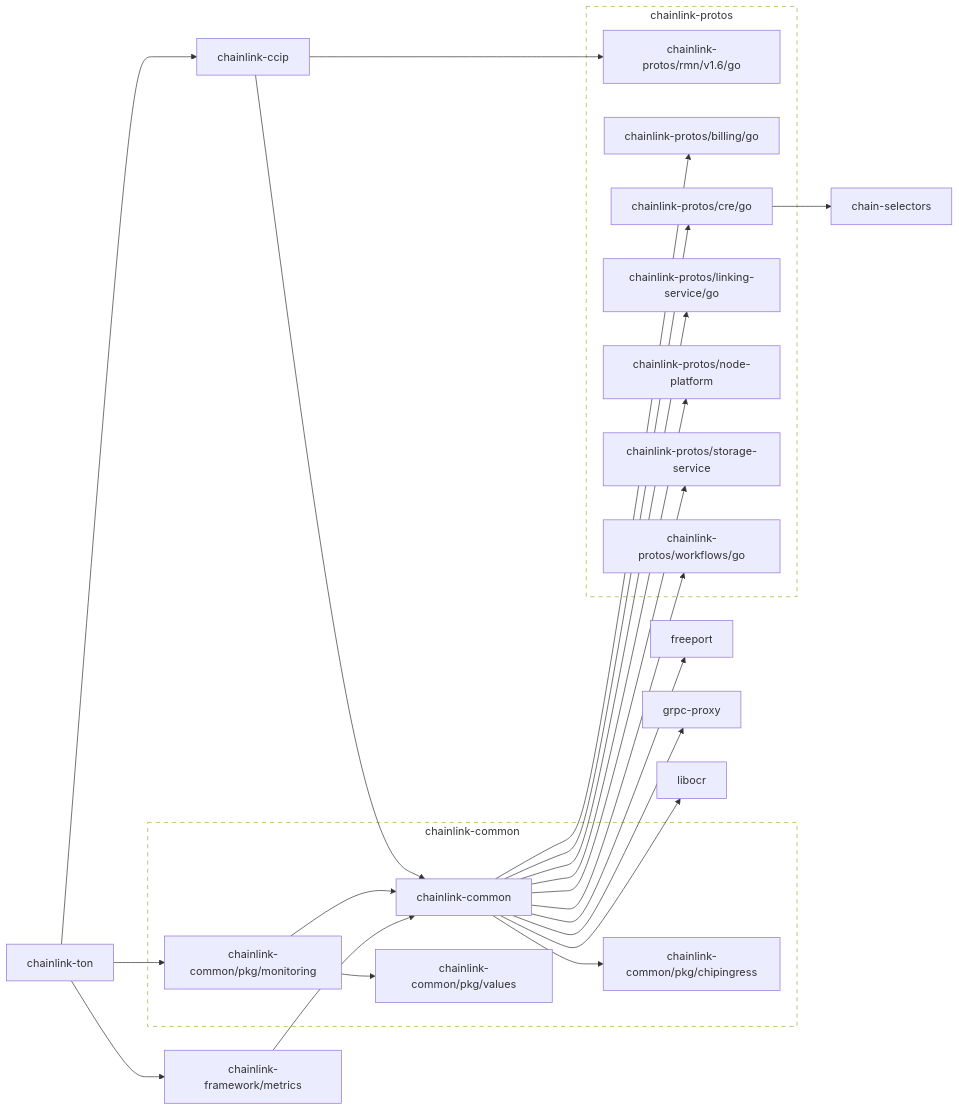
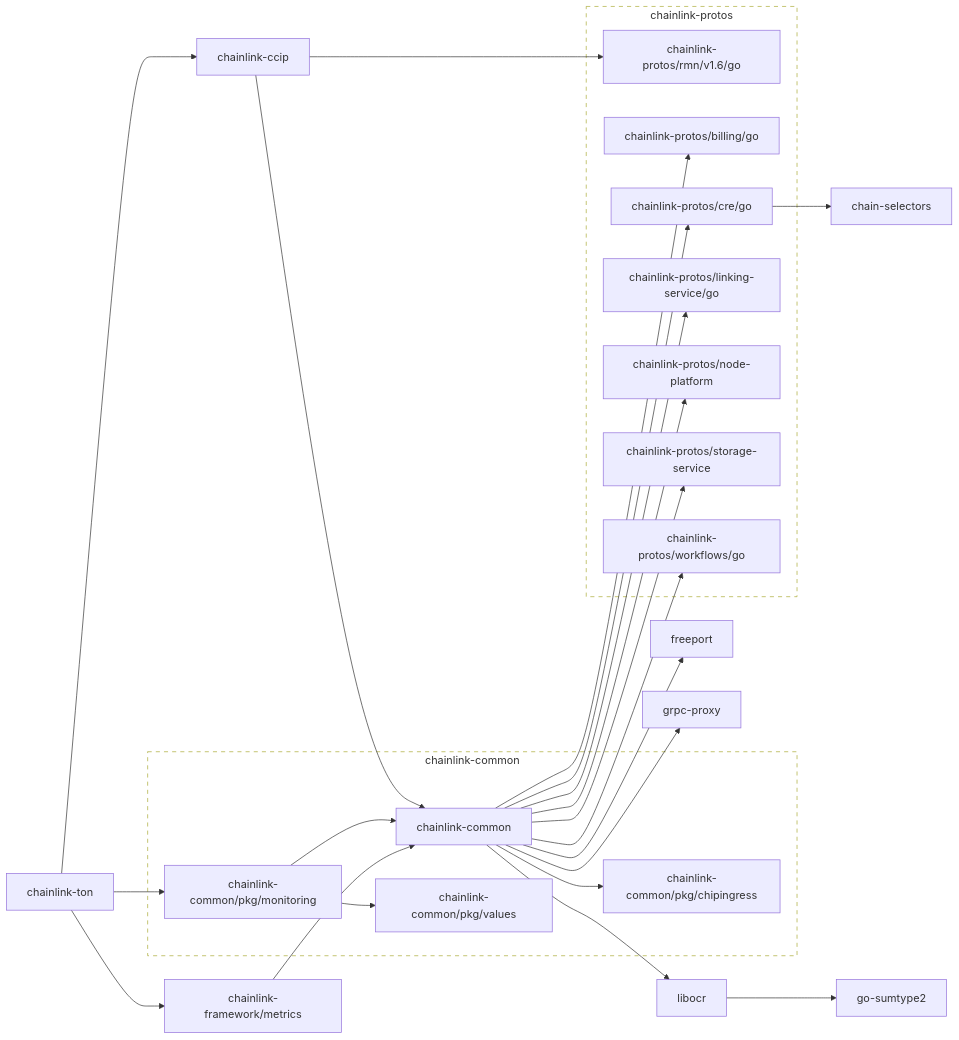
The first of 2 diagrams in go.md (fork-the-planet/smartcontractkit___chainlink-ton), drawn with Mermaid before and after one commit. The commit also changed 34 other files, not shown here.

````diff
--- a/go.md
+++ b/go.md
@@ -3,75 +3,77 @@
 ```mermaid
 flowchart LR
 
 	chain-selectors
 	click chain-selectors href "https://github.com/smartcontractkit/chain-selectors"
 	chainlink-ccip --> chainlink-common
 	chainlink-ccip --> chainlink-protos/rmn/v1.6/go
 	click chainlink-ccip href "https://github.com/smartcontractkit/chainlink-ccip"
 	chainlink-common --> chainlink-common/pkg/chipingress
 	chainlink-common --> chainlink-protos/billing/go
 	chainlink-common --> chainlink-protos/cre/go
 	chainlink-common --> chainlink-protos/linking-service/go
 	chainlink-common --> chainlink-protos/node-platform
 	chainlink-common --> chainlink-protos/storage-service
 	chainlink-common --> chainlink-protos/workflows/go
 	chainlink-common --> freeport
 	chainlink-common --> grpc-proxy
 	chainlink-common --> libocr
 	click chainlink-common href "https://github.com/smartcontractkit/chainlink-common"
 	chainlink-common/pkg/chipingress
 	click chainlink-common/pkg/chipingress href "https://github.com/smartcontractkit/chainlink-common"
 	chainlink-common/pkg/monitoring --> chainlink-common
 	chainlink-common/pkg/monitoring --> chainlink-common/pkg/values
 	click chainlink-common/pkg/monitoring href "https://github.com/smartcontractkit/chainlink-common"
 	chainlink-common/pkg/values
 	click chainlink-common/pkg/values href "https://github.com/smartcontractkit/chainlink-common"
 	chainlink-framework/metrics --> chainlink-common
 	click chainlink-framework/metrics href "https://github.com/smartcontractkit/chainlink-framework"
 	chainlink-protos/billing/go
 	click chainlink-protos/billing/go href "https://github.com/smartcontractkit/chainlink-protos"
 	chainlink-protos/cre/go --> chain-selectors
 	click chainlink-protos/cre/go href "https://github.com/smartcontractkit/chainlink-protos"
 	chainlink-protos/linking-service/go
 	click chainlink-protos/linking-service/go href "https://github.com/smartcontractkit/chainlink-protos"
 	chainlink-protos/node-platform
 	click chainlink-protos/node-platform href "https://github.com/smartcontractkit/chainlink-protos"
 	chainlink-protos/rmn/v1.6/go
 	click chainlink-protos/rmn/v1.6/go href "https://github.com/smartcontractkit/chainlink-protos"
 	chainlink-protos/storage-service
 	click chainlink-protos/storage-service href "https://github.com/smartcontractkit/chainlink-protos"
 	chainlink-protos/workflows/go
 	click chainlink-protos/workflows/go href "https://github.com/smartcontractkit/chainlink-protos"
 	chainlink-ton --> chainlink-ccip
 	chainlink-ton --> chainlink-common/pkg/monitoring
 	chainlink-ton --> chainlink-framework/metrics
 	click chainlink-ton href "https://github.com/smartcontractkit/chainlink-ton"
 	freeport
 	click freeport href "https://github.com/smartcontractkit/freeport"
+	go-sumtype2
+	click go-sumtype2 href "https://github.com/smartcontractkit/go-sumtype2"
 	grpc-proxy
 	click grpc-proxy href "https://github.com/smartcontractkit/grpc-proxy"
-	libocr
+	libocr --> go-sumtype2
 	click libocr href "https://github.com/smartcontractkit/libocr"
 
 	subgraph chainlink-common-repo[chainlink-common]
 		 chainlink-common
 		 chainlink-common/pkg/chipingress
 		 chainlink-common/pkg/monitoring
 		 chainlink-common/pkg/values
 	end
 	click chainlink-common-repo href "https://github.com/smartcontractkit/chainlink-common"
 
 	subgraph chainlink-protos-repo[chainlink-protos]
 		 chainlink-protos/billing/go
 		 chainlink-protos/cre/go
 		 chainlink-protos/linking-service/go
 		 chainlink-protos/node-platform
 		 chainlink-protos/rmn/v1.6/go
 		 chainlink-protos/storage-service
 		 chainlink-protos/workflows/go
 	end
 	click chainlink-protos-repo href "https://github.com/smartcontractkit/chainlink-protos"
 
 	classDef outline stroke-dasharray:6,fill:none;
 	class chainlink-common-repo,chainlink-protos-repo outline
 ```
````
